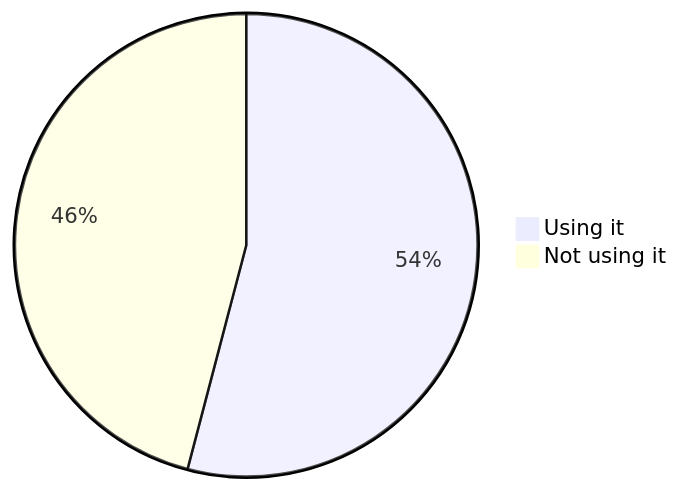
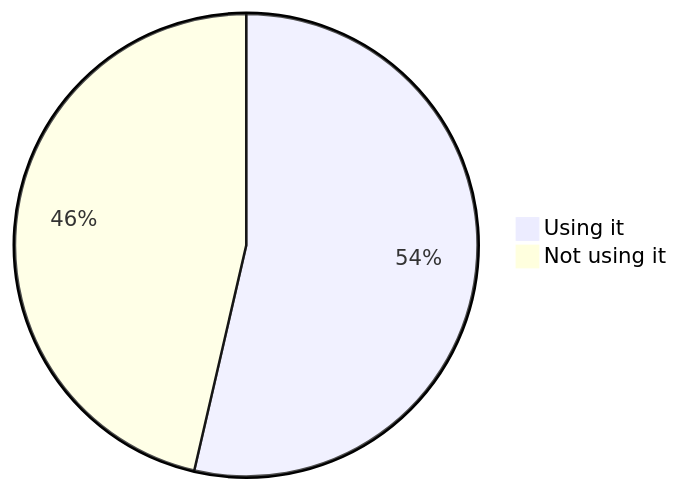
One commit to oshp/oshp-stats changed the second of 22 diagrams in stats.md. Above: the diagram before and after it, drawn with Mermaid. The commit also changed other lines of this file, not shown here.

````diff
--- a/stats.md
+++ b/stats.md
@@ -22,6 +22,6 @@
 ```mermaid
 pie
-	"Using it" : 54.08
-	"Not using it" : 45.92
+	"Using it" : 53.61
+	"Not using it" : 46.39
 
 ```
````
